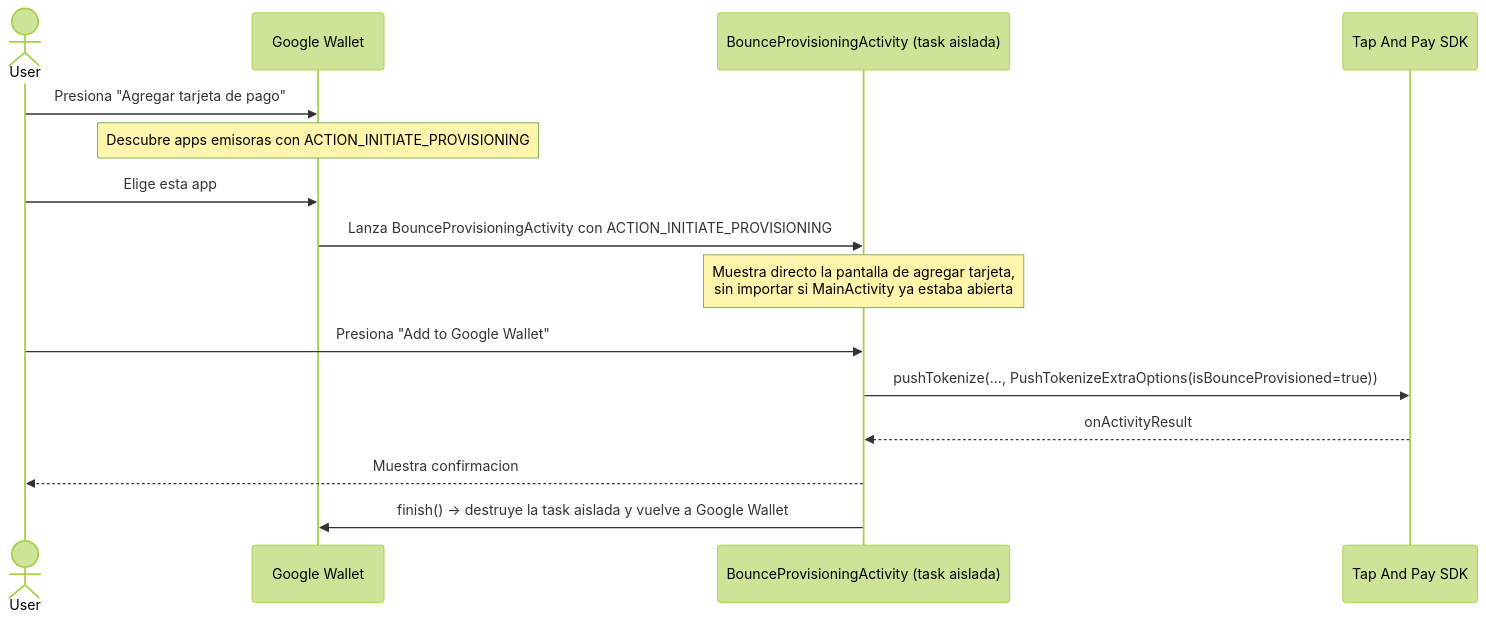
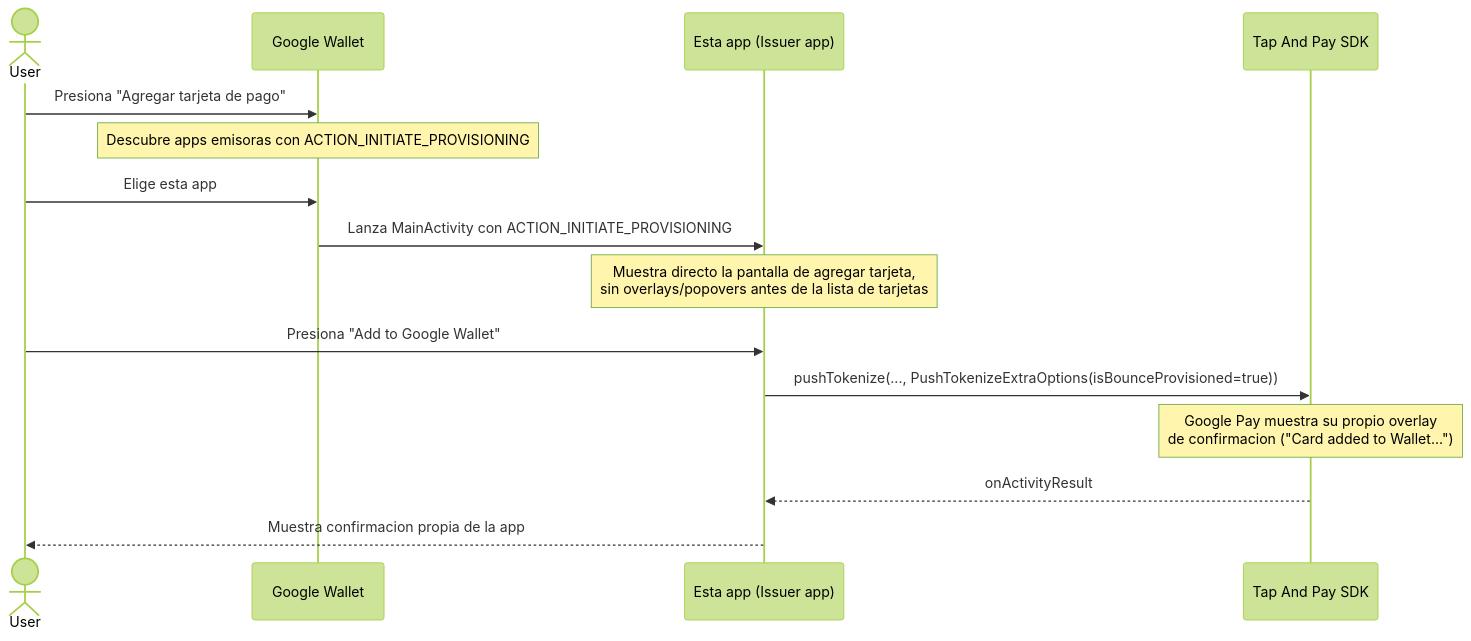
One commit to pomelo-la/example-sdk-android-tokenization changed the third of 3 diagrams in example-android-app-google-upp/app/README.md. Above: the diagram before and after it, drawn with Mermaid (forest theme). The commit also changed other lines of this file and 4 other files, not shown here.

First line of the commit message:
revert: don't close the Activity after Bounce Provisioning completes

````diff
--- a/example-android-app-google-upp/app/README.md
+++ b/example-android-app-google-upp/app/README.md
@@ -162,18 +143,18 @@
 ```mermaid
 sequenceDiagram
     actor User
     participant GW as Google Wallet
-    participant IA as BounceProvisioningActivity (task aislada)
+    participant IA as Esta app (Issuer app)
     participant TAP as Tap And Pay SDK
 
     User->>GW: Presiona "Agregar tarjeta de pago"
     Note over GW: Descubre apps emisoras con ACTION_INITIATE_PROVISIONING
     User->>GW: Elige esta app
-    GW->>IA: Lanza BounceProvisioningActivity con ACTION_INITIATE_PROVISIONING
-    Note over IA: Muestra directo la pantalla de agregar tarjeta,<br/>sin importar si MainActivity ya estaba abierta
+    GW->>IA: Lanza MainActivity con ACTION_INITIATE_PROVISIONING
+    Note over IA: Muestra directo la pantalla de agregar tarjeta,<br/>sin overlays/popovers antes de la lista de tarjetas
     User->>IA: Presiona "Add to Google Wallet"
     IA->>TAP: pushTokenize(..., PushTokenizeExtraOptions(isBounceProvisioned=true))
+    Note over TAP: Google Pay muestra su propio overlay<br/>de confirmacion ("Card added to Wallet...")
     TAP-->>IA: onActivityResult
-    IA-->>User: Muestra confirmacion
-    IA->>GW: finish() -> destruye la task aislada y vuelve a Google Wallet
+    IA-->>User: Muestra confirmacion propia de la app
 ```
````
